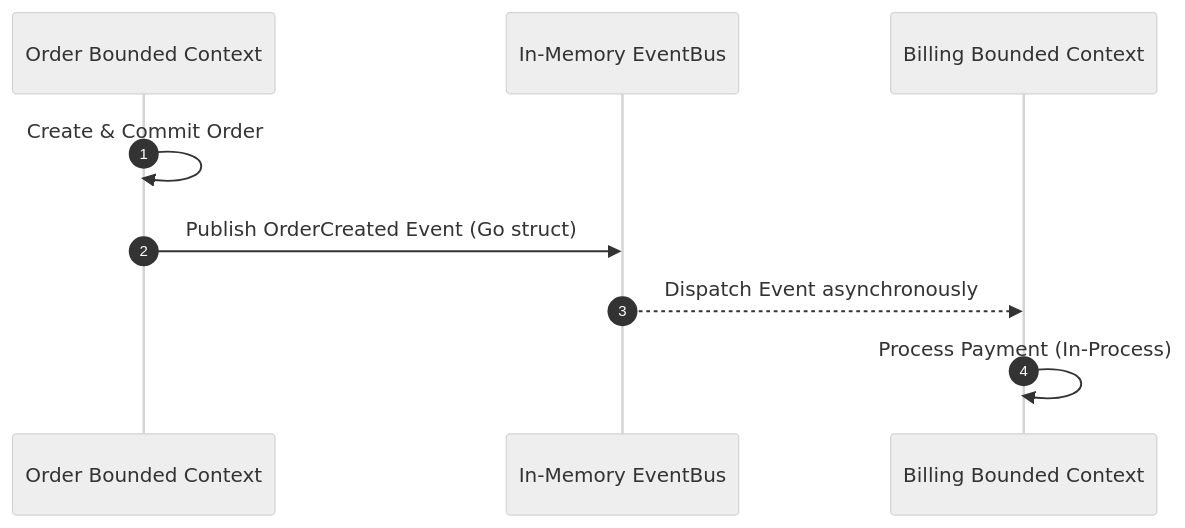
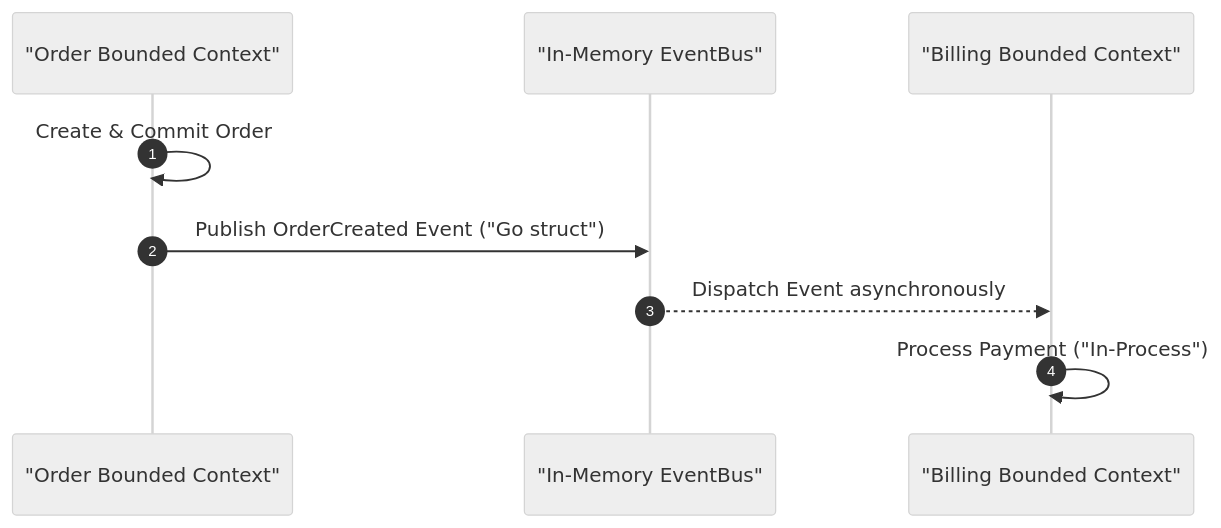
One commit to vesviet/vesviet changed the first of 2 diagrams in content/series/modular-monolith-architecture/part-3-ddd-module-boundaries.md. Above: the diagram before and after it, drawn with Mermaid (neutral theme). The commit also changed other lines of this file and 331 other files, not shown here.

````diff
--- a/content/series/modular-monolith-architecture/part-3-ddd-module-boundaries.md
+++ b/content/series/modular-monolith-architecture/part-3-ddd-module-boundaries.md
@@ -39,12 +41,12 @@
 ```mermaid
 sequenceDiagram
     autonumber
-    participant OrderModule as Order Bounded Context
-    participant EventBus as In-Memory EventBus
-    participant BillingModule as Billing Bounded Context
+    participant OrderModule as "Order Bounded Context"
+    participant EventBus as "In-Memory EventBus"
+    participant BillingModule as "Billing Bounded Context"
     
     OrderModule->>OrderModule: Create & Commit Order
-    OrderModule->>EventBus: Publish OrderCreated Event (Go struct)
+    OrderModule->>EventBus: Publish OrderCreated Event ("Go struct")
     EventBus-->>BillingModule: Dispatch Event asynchronously
-    BillingModule->>BillingModule: Process Payment (In-Process)
+    BillingModule->>BillingModule: Process Payment ("In-Process")
 ```
````
